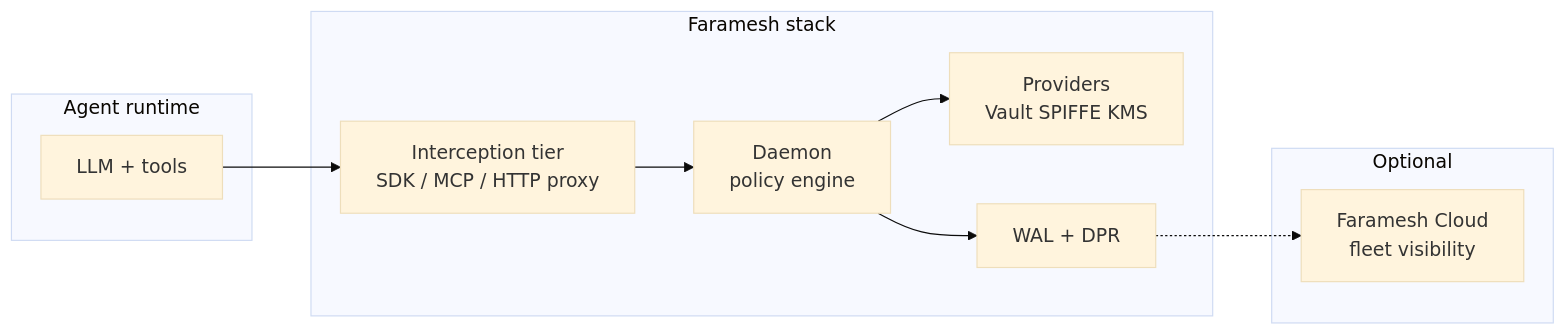
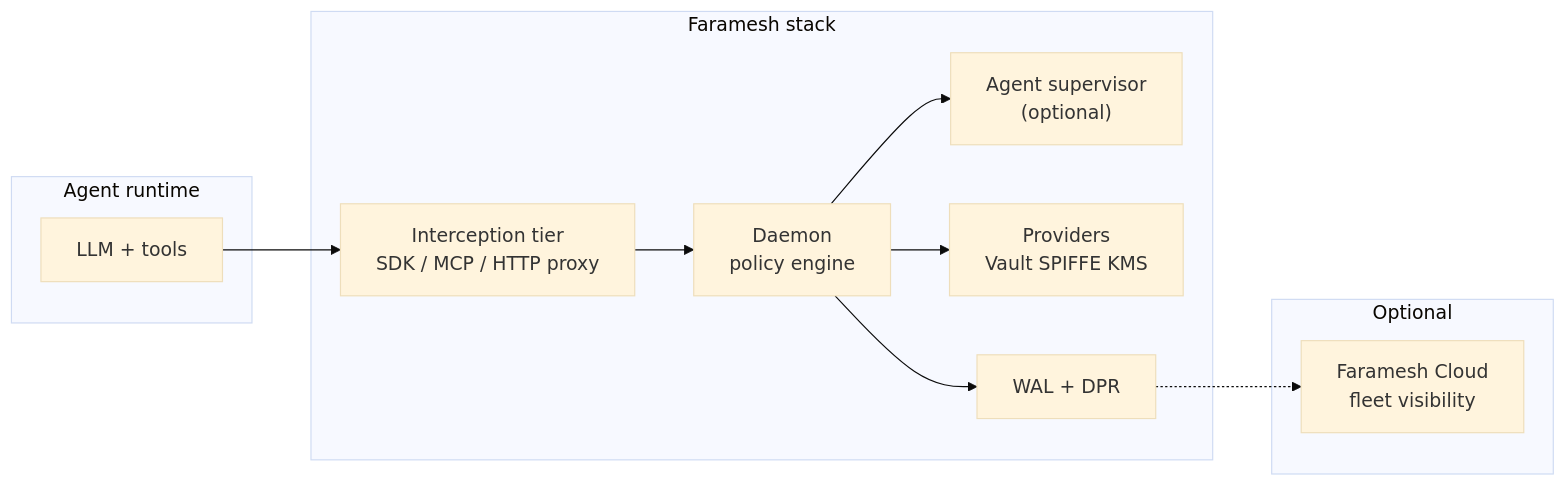
Before and after one commit to faramesh/faramesh-docs: the diagram in content/docs/concepts/architecture.md, drawn with Mermaid (base theme). The commit also changed other lines of this file and 14 other files, not shown here.

````diff
--- a/content/docs/concepts/architecture.md
+++ b/content/docs/concepts/architecture.md
@@ -10,19 +12,21 @@
 ```mermaid
 flowchart LR
   subgraph agent [Agent runtime]
     A[LLM + tools]
   end
   subgraph faramesh [Faramesh stack]
     T["Interception tier<br/>SDK / MCP / HTTP proxy"]
     D["Daemon<br/>policy engine"]
+    S["Agent supervisor<br/>(optional)"]
     P["Providers<br/>Vault SPIFFE KMS"]
     W[WAL + DPR]
   end
   subgraph optional [Optional]
-    C[Faramesh Cloud\nfleet visibility]
+    C[Faramesh Cloud<br/>fleet visibility]
   end
   A --> T --> D
+  D --> S
   D --> P
   D --> W
   W -.-> C
 ```
````
